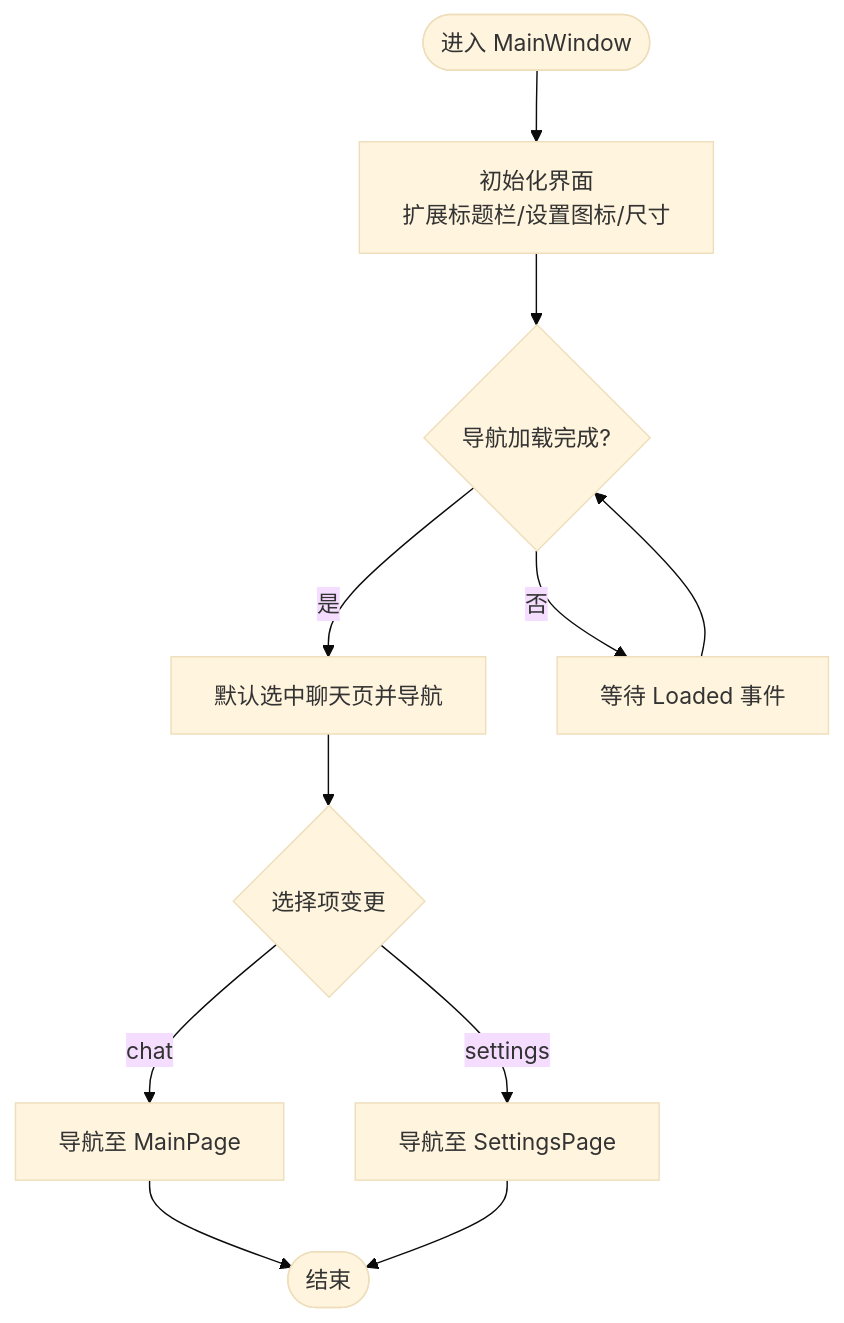
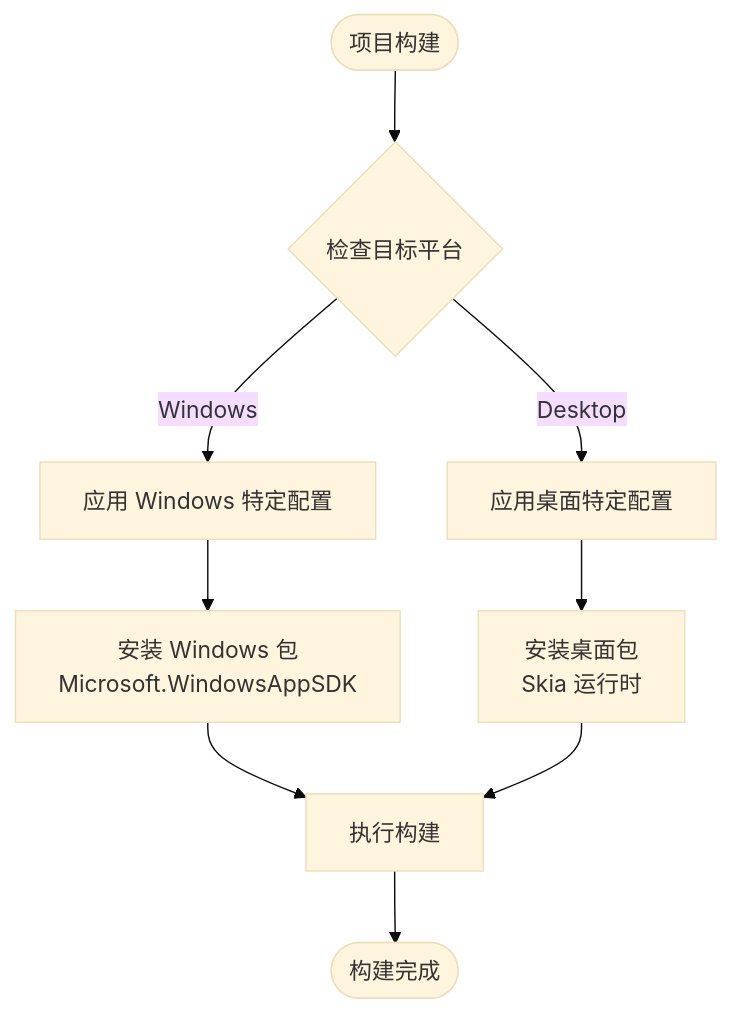
The third of 5 diagrams in .qoder/repowiki/zh/content/开发指南/环境搭建.md (AgenticDesktop/App), drawn with Mermaid (base theme) before and after one commit. The commit also changed other lines of this file and 108 other files, not shown here.

First line of the commit message:
Add support for Uno Desktop and WinUI 3 build scripts

````diff
--- a/.qoder/repowiki/zh/content/开发指南/环境搭建.md
+++ b/.qoder/repowiki/zh/content/开发指南/环境搭建.md
@@ -175,13 +218,11 @@
 ```mermaid
 flowchart TD
-Start(["进入 MainWindow"]) --> Init["初始化界面<br/>扩展标题栏/设置图标/尺寸"]
-Init --> Load{"导航加载完成?"}
-Load --> |是| Default["默认选中聊天页并导航"]
-Load --> |否| Wait["等待 Loaded 事件"]
-Wait --> Load
-Default --> NavSel{"选择项变更"}
-NavSel --> |chat| ToChat["导航至 MainPage"]
-NavSel --> |settings| ToSettings["导航至 SettingsPage"]
-ToChat --> End(["结束"])
-ToSettings --> End
+Start(["项目构建"]) --> CheckPlatform{"检查目标平台"}
+CheckPlatform --> |Windows| WinConfig["应用 Windows 特定配置"]
+CheckPlatform --> |Desktop| DeskConfig["应用桌面特定配置"]
+WinConfig --> WinPackages["安装 Windows 包<br/>Microsoft.WindowsAppSDK"]
+DeskConfig --> DeskPackages["安装桌面包<br/>Skia 运行时"]
+WinPackages --> Build["执行构建"]
+DeskPackages --> Build
+Build --> End(["构建完成"])
 ```
````
